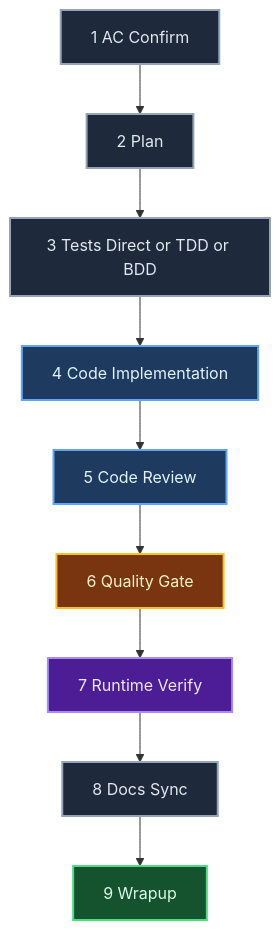
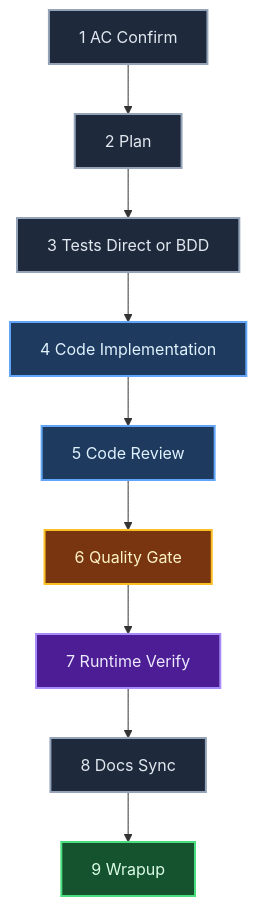
Before and after one commit to icarloscornejo/doer: the first of 3 diagrams in README.md, drawn with Mermaid. The commit also changed other lines of this file and 1 other file, not shown here.

First line of the commit message:
feat(5.0.0): remove lite/full mode, drop tdd strategy, fix compaction detection

````diff
--- a/README.md
+++ b/README.md
@@ -144,18 +111,18 @@
 ```mermaid
 flowchart TD
     A[1 AC Confirm]:::single --> B[2 Plan]:::single
-    B --> C[3 Tests Direct or TDD or BDD]:::single
+    B --> C[3 Tests Direct or BDD]:::single
     C --> D[4 Code Implementation]:::loop
     D --> E[5 Code Review]:::loop
     E --> F[6 Quality Gate]:::gate
     F --> G[7 Runtime Verify]:::runtime
     G --> H[8 Docs Sync]:::plain
     H --> I[9 Wrapup]:::final
 
     classDef loop fill:#1e3a5f,stroke:#60a5fa,stroke-width:2px,color:#e0f2fe
     classDef gate fill:#78350f,stroke:#fbbf24,stroke-width:2px,color:#fef3c7
     classDef final fill:#14532d,stroke:#4ade80,stroke-width:2px,color:#dcfce7
     classDef plain fill:#1e293b,stroke:#94a3b8,stroke-width:2px,color:#e2e8f0
     classDef runtime fill:#4c1d95,stroke:#a78bfa,stroke-width:2px,color:#ede9fe
     classDef single fill:#1e293b,stroke:#94a3b8,stroke-width:2px,color:#e2e8f0
 ```
````
